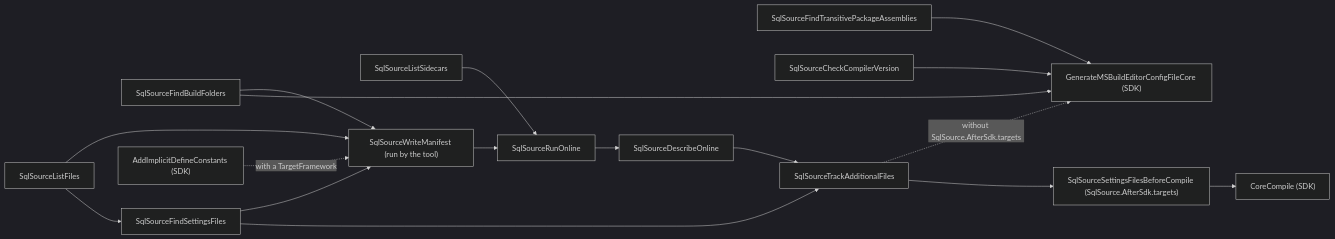
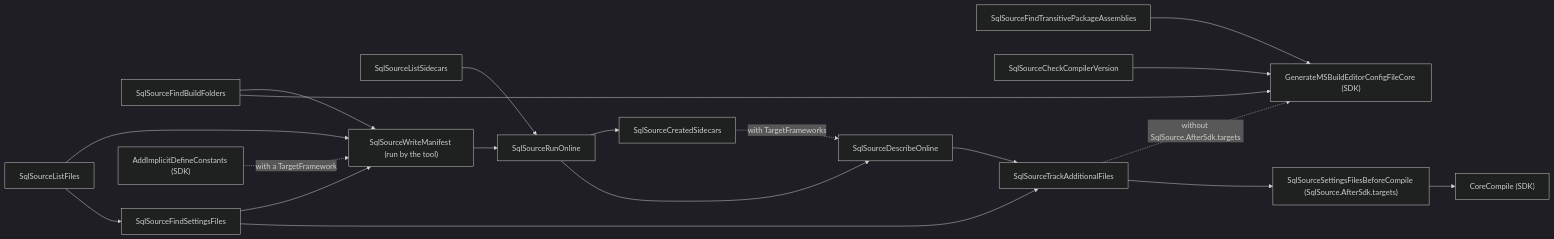
The diagram in docs/architecture/msbuild-and-manifest.md (mbcrawfo/SqlSource), drawn with Mermaid (dark theme) before and after one commit. The commit also changed other lines of this file and 11 other files, not shown here.

First line of the commit message:
fix(package): give the compiler only the sidecars the run created

````diff
--- a/docs/architecture/msbuild-and-manifest.md
+++ b/docs/architecture/msbuild-and-manifest.md
@@ -20,19 +20,21 @@
 ```mermaid
 flowchart LR
     folders["SqlSourceFindBuildFolders"] --> sdk["GenerateMSBuildEditorConfigFileCore (SDK)"]
     packages["SqlSourceFindTransitivePackageAssemblies"] --> sdk
     compiler["SqlSourceCheckCompilerVersion"] --> sdk
     list["SqlSourceListFiles"] --> find["SqlSourceFindSettingsFiles"]
     find --> track["SqlSourceTrackAdditionalFiles"]
     describe["SqlSourceDescribeOnline"] --> track
     run["SqlSourceRunOnline"] --> describe
+    run --> created["SqlSourceCreatedSidecars"]
+    created -.->|"with TargetFrameworks"| describe
     sidecars["SqlSourceListSidecars"] --> run
     manifest --> run
     track --> late["SqlSourceSettingsFilesBeforeCompile (SqlSource.AfterSdk.targets)"]
     late --> compile["CoreCompile (SDK)"]
     track -.->|"without SqlSource.AfterSdk.targets"| sdk
     list --> manifest["SqlSourceWriteManifest (run by the tool)"]
     find --> manifest
     folders --> manifest
     defines["AddImplicitDefineConstants (SDK)"] -.->|"with a TargetFramework"| manifest
 ```
````
